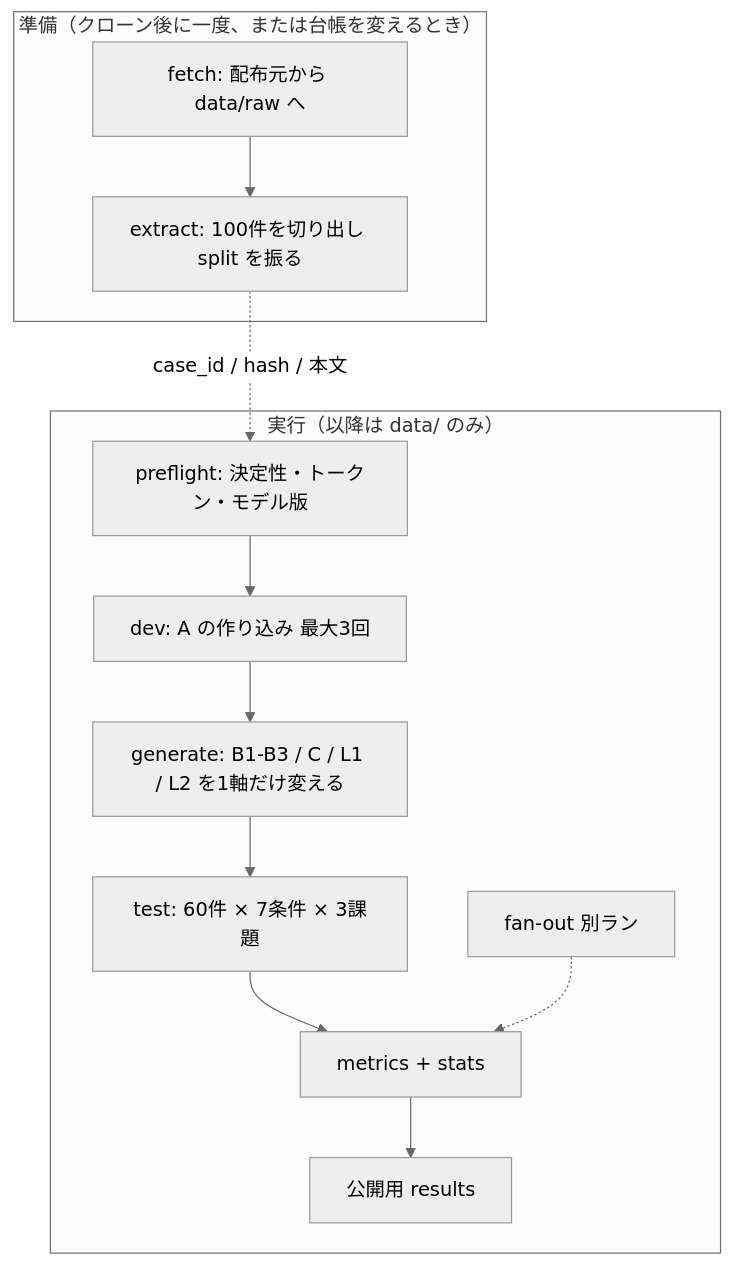
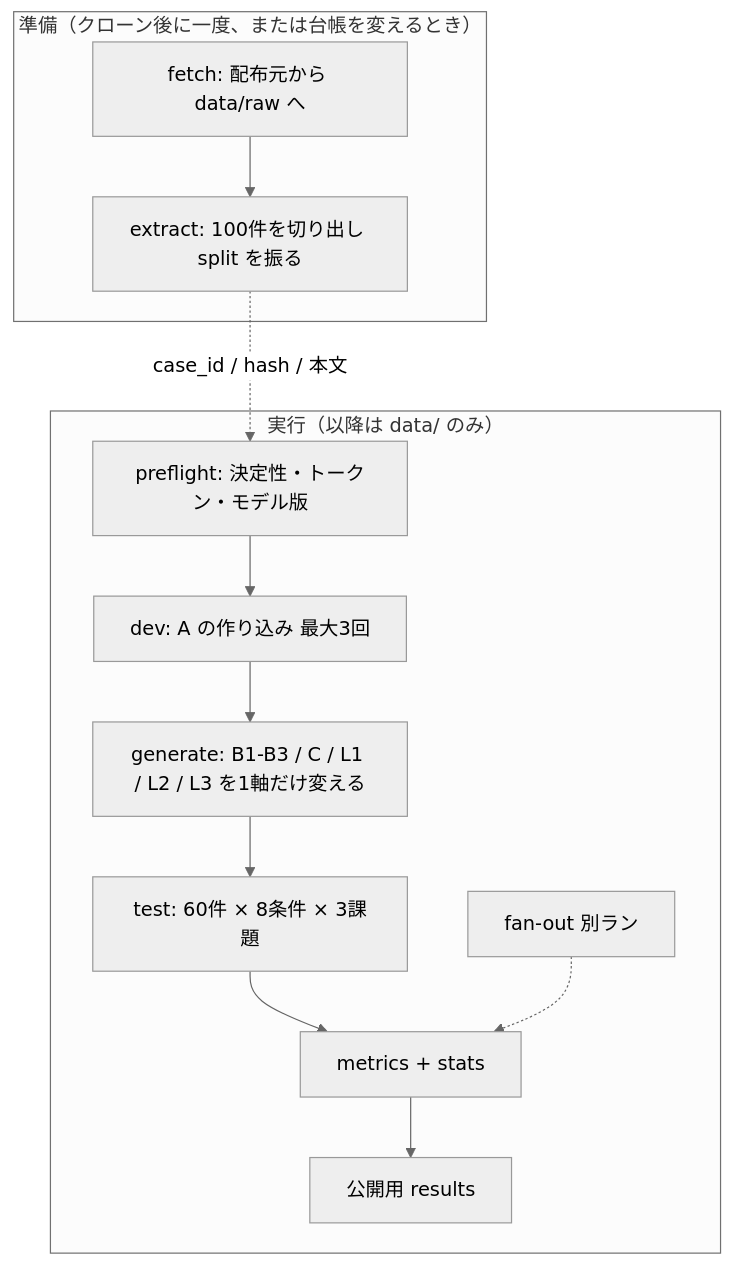
The second of 3 diagrams in ARCHITECTURE.md (gnkm/jev-prompts), drawn with Mermaid (neutral theme) before and after one commit. The commit also changed other lines of this file and 1 other file, not shown here.

````diff
--- a/ARCHITECTURE.md
+++ b/ARCHITECTURE.md
@@ -134,21 +136,21 @@
 ```mermaid
 flowchart TD
   subgraph 準備["準備（クローン後に一度、または台帳を変えるとき）"]
     F[fetch: 配布元から data/raw へ]
     X[extract: 100件を切り出し split を振る]
     F --> X
   end
 
   subgraph 実行["実行（以降は data/ のみ）"]
     P[preflight: 決定性・トークン・モデル版]
     D[dev: A の作り込み 最大3回]
-    G[generate: B1-B3 / C / L1 / L2 を1軸だけ変える]
-    T[test: 60件 × 7条件 × 3課題]
+    G[generate: B1-B3 / C / L1 / L2 / L3 を1軸だけ変える]
+    T[test: 60件 × 8条件 × 3課題]
     M[metrics + stats]
     R[公開用 results]
     P --> D --> G --> T --> M --> R
     A2[fan-out 別ラン] -.-> M
   end
 
   X -.->|case_id / hash / 本文| P
 ```
````
